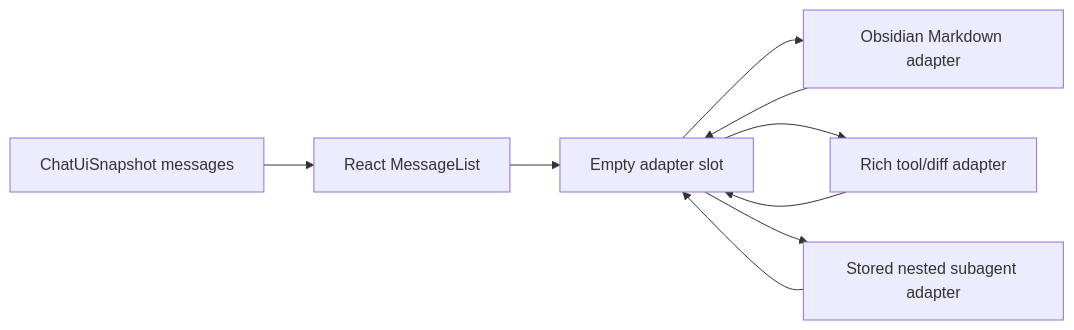
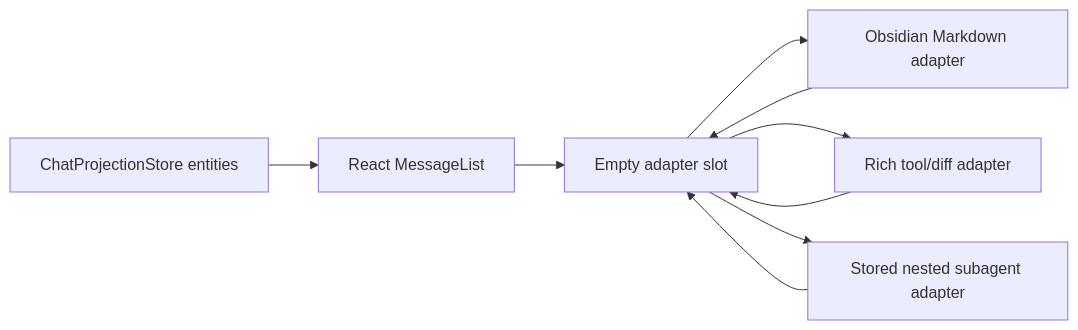
The diagram in src/ui/chat/rendering/AGENTS.md (shuuul/obsidian-pivi), drawn with Mermaid before and after one commit. The commit also changed other lines of this file and 77 other files, not shown here.

````diff
--- a/src/ui/chat/rendering/AGENTS.md
+++ b/src/ui/chat/rendering/AGENTS.md
@@ -11,11 +11,11 @@
 ```mermaid
 flowchart LR
-  State["ChatUiSnapshot messages"] --> React["React MessageList"]
+  State["ChatProjectionStore entities"] --> React["React MessageList"]
   React --> Slot["Empty adapter slot"]
   Slot --> Markdown["Obsidian Markdown adapter"]
   Slot --> Tool["Rich tool/diff adapter"]
   Slot --> Subagent["Stored nested subagent adapter"]
   Markdown --> Slot
   Tool --> Slot
   Subagent --> Slot
 ```
````
